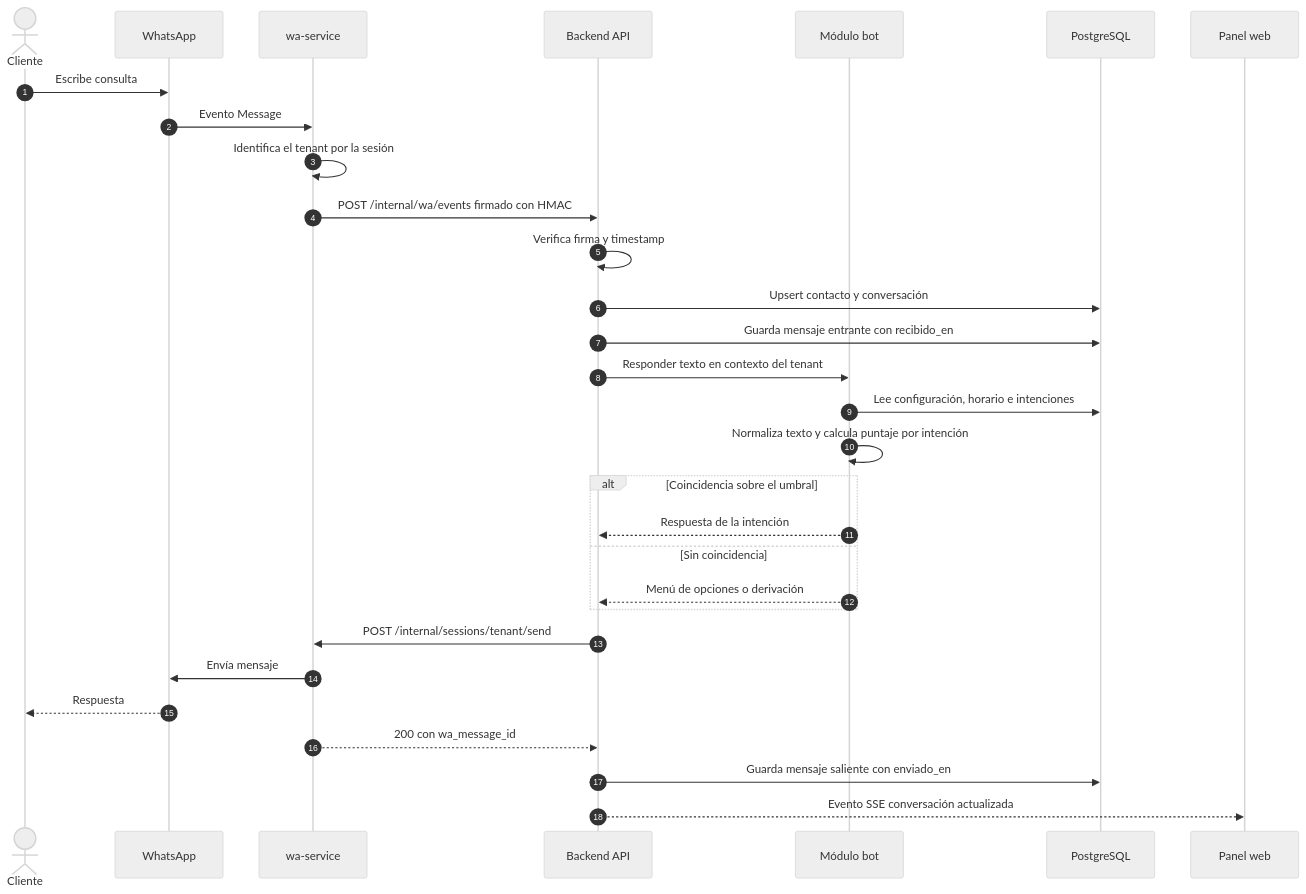
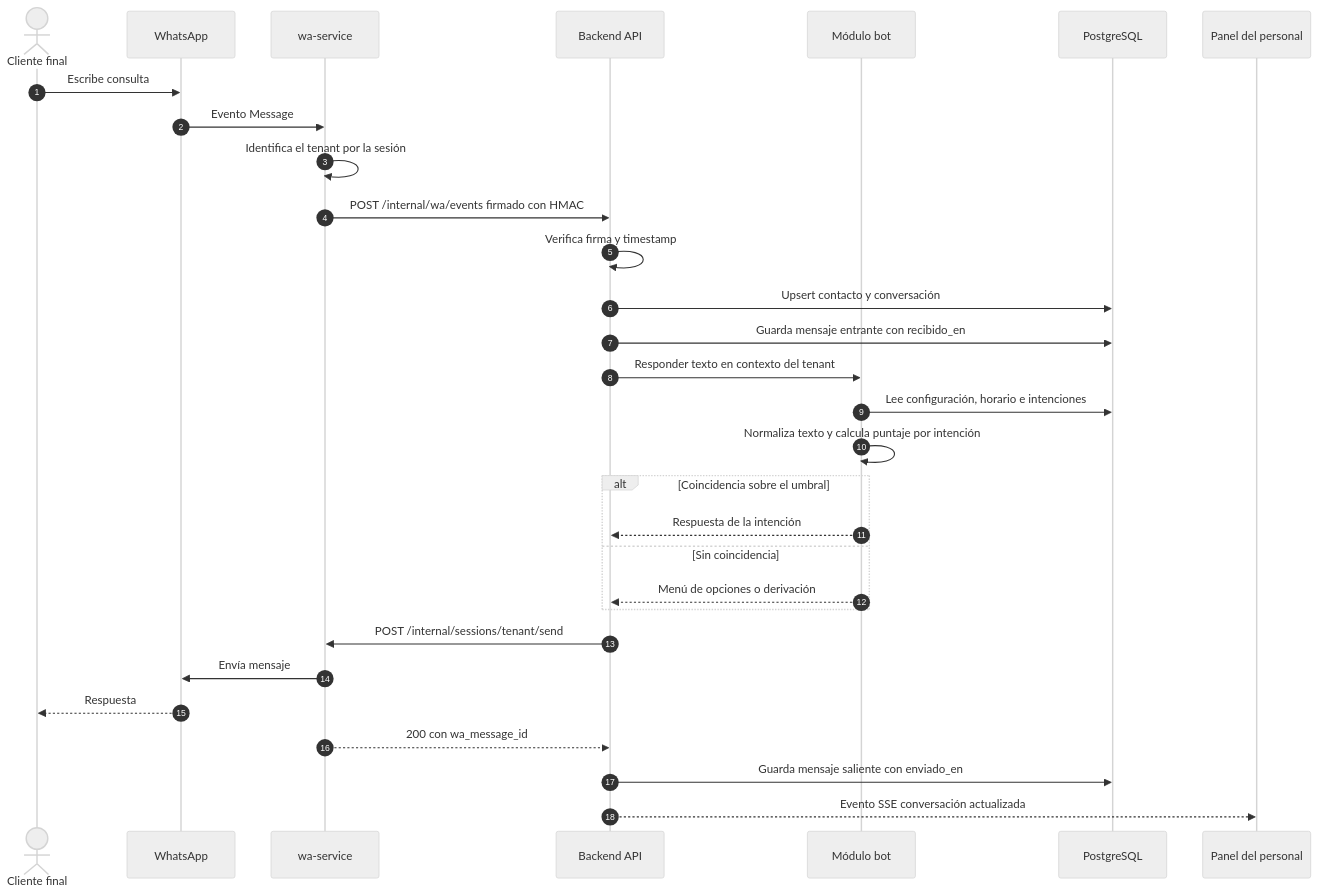
Before and after one commit to GerardoGM14/app-tesis-chatbot: the diagram in docs/02-uml/secuencias/03-mensaje-entrante-bot.md, drawn with Mermaid (neutral theme). The commit also changed other lines of this file and 28 other files, not shown here.

````diff
--- a/docs/02-uml/secuencias/03-mensaje-entrante-bot.md
+++ b/docs/02-uml/secuencias/03-mensaje-entrante-bot.md
@@ -5,33 +5,33 @@
 ```mermaid
 sequenceDiagram
   autonumber
-  actor C as Cliente
+  actor C as Cliente final
   participant WA as WhatsApp
   participant G as wa-service
   participant A as Backend API
   participant B as Módulo bot
   participant D as PostgreSQL
-  participant P as Panel web
+  participant P as Panel del personal
 
   C->>WA: Escribe consulta
   WA->>G: Evento Message
   G->>G: Identifica el tenant por la sesión
   G->>A: POST /internal/wa/events firmado con HMAC
   A->>A: Verifica firma y timestamp
   A->>D: Upsert contacto y conversación
   A->>D: Guarda mensaje entrante con recibido_en
   A->>B: Responder texto en contexto del tenant
   B->>D: Lee configuración, horario e intenciones
   B->>B: Normaliza texto y calcula puntaje por intención
   alt Coincidencia sobre el umbral
     B-->>A: Respuesta de la intención
   else Sin coincidencia
     B-->>A: Menú de opciones o derivación
   end
   A->>G: POST /internal/sessions/tenant/send
   G->>WA: Envía mensaje
   WA-->>C: Respuesta
   G-->>A: 200 con wa_message_id
   A->>D: Guarda mensaje saliente con enviado_en
   A-->>P: Evento SSE conversación actualizada
 ```
````
